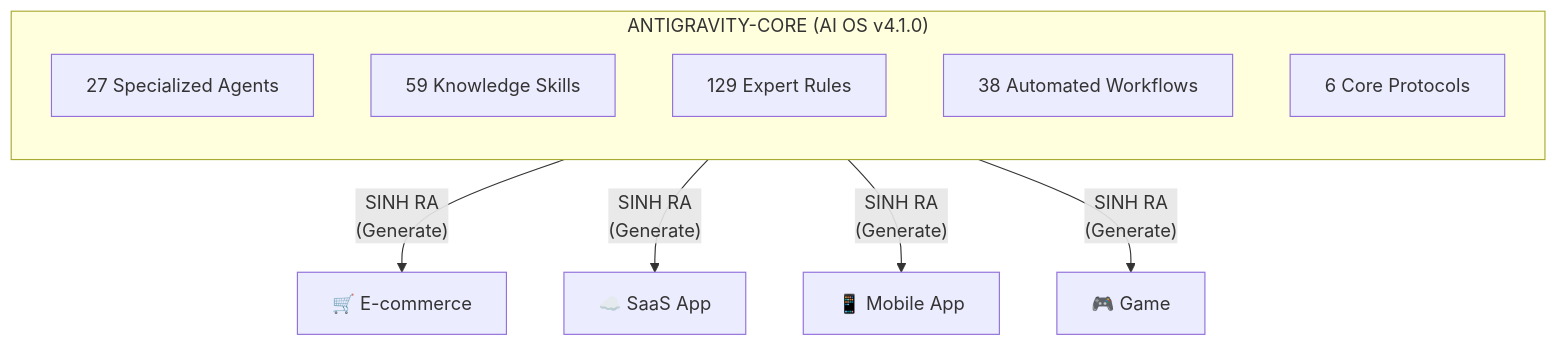
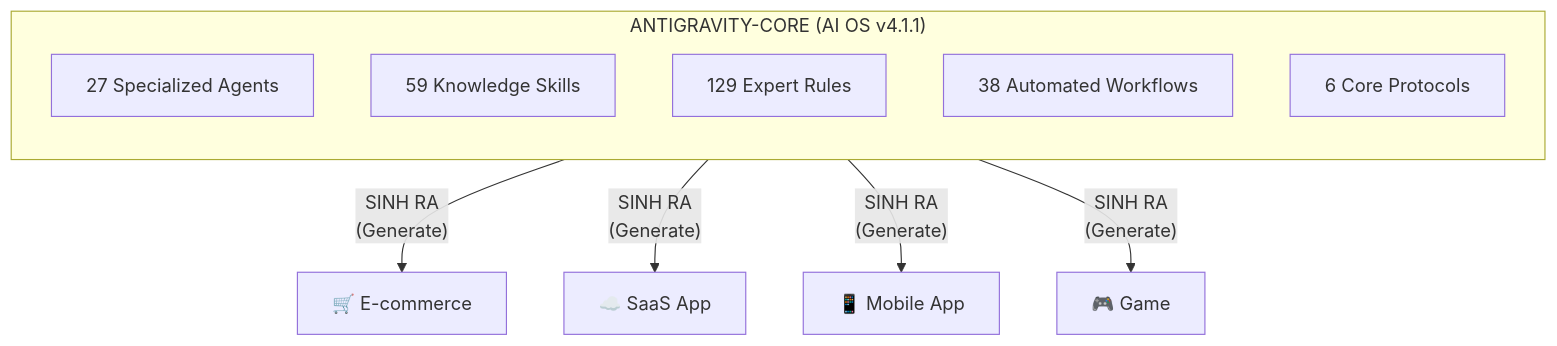
The first of 2 diagrams in README.md (tuyenht/Antigravity-Core), drawn with Mermaid before and after one commit. The commit also changed other lines of this file and 11 other files, not shown here.

````diff
--- a/README.md
+++ b/README.md
@@ -21,16 +21,16 @@
 ```mermaid
 graph TB
-    subgraph OS["ANTIGRAVITY-CORE (AI OS v4.1.0)"]
+    subgraph OS["ANTIGRAVITY-CORE (AI OS v4.1.1)"]
         direction TB
         A["27 Specialized Agents"]
         B["59 Knowledge Skills"]
         C["129 Expert Rules"]
         D["38 Automated Workflows"]
         E["6 Core Protocols"]
     end
 
     OS -->|"SINH RA<br/>(Generate)"| P1["🛒 E-commerce"]
     OS -->|"SINH RA<br/>(Generate)"| P2["☁️ SaaS App"]
     OS -->|"SINH RA<br/>(Generate)"| P3["📱 Mobile App"]
     OS -->|"SINH RA<br/>(Generate)"| P4["🎮 Game"]
 ```
````
